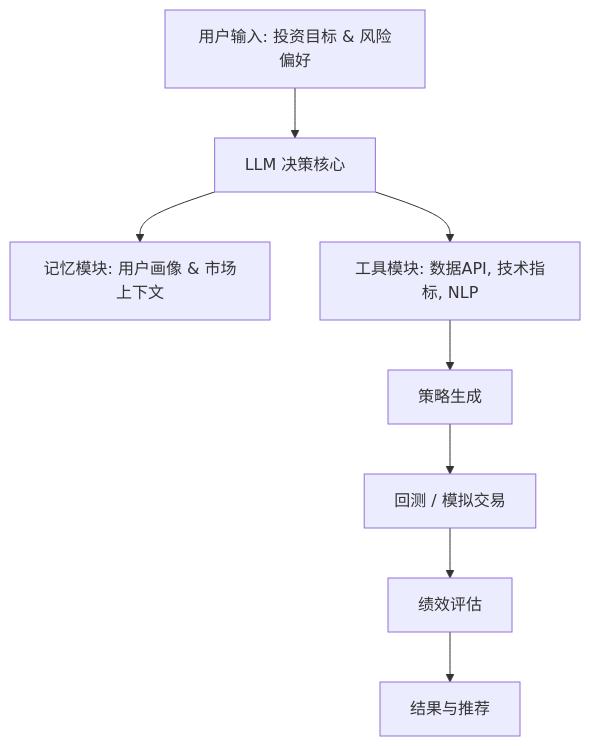
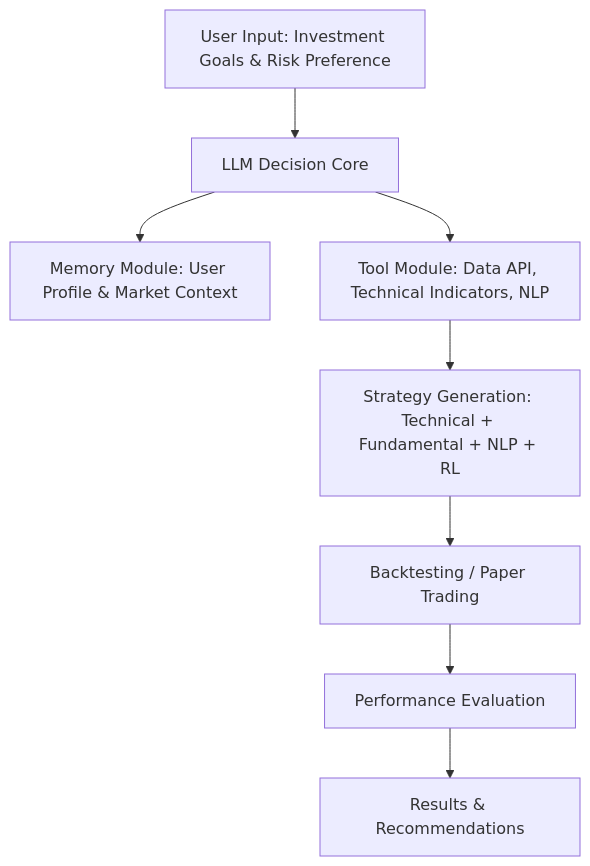
Before and after one commit to Yu-fei-Zhang/NUS-stock-investment-agent: the diagram in a_share_trading_agent_4th_part_chenjinghao.md, drawn with Mermaid. The commit also changed other lines of this file, not shown here.

````diff
--- a/a_share_trading_agent_4th_part_chenjinghao.md
+++ b/a_share_trading_agent_4th_part_chenjinghao.md
@@ -120,10 +129,10 @@
 ```mermaid
 graph TD
-    A[用户输入: 投资目标 & 风险偏好] --> B[LLM 决策核心]
-    B --> C[记忆模块: 用户画像 & 市场上下文]
-    B --> D[工具模块: 数据API, 技术指标, NLP]
-    D --> E[策略生成]
-    E --> F[回测 / 模拟交易]
-    F --> G[绩效评估]
-    G --> H[结果与推荐]
-``` 
+    A[User Input: Investment Goals & Risk Preference] --> B[LLM Decision Core]
+    B --> C[Memory Module: User Profile & Market Context]
+    B --> D[Tool Module: Data API, Technical Indicators, NLP]
+    D --> E[Strategy Generation: Technical + Fundamental + NLP + RL]
+    E --> F[Backtesting / Paper Trading]
+    F --> G[Performance Evaluation]
+    G --> H[Results & Recommendations]
+```
````
